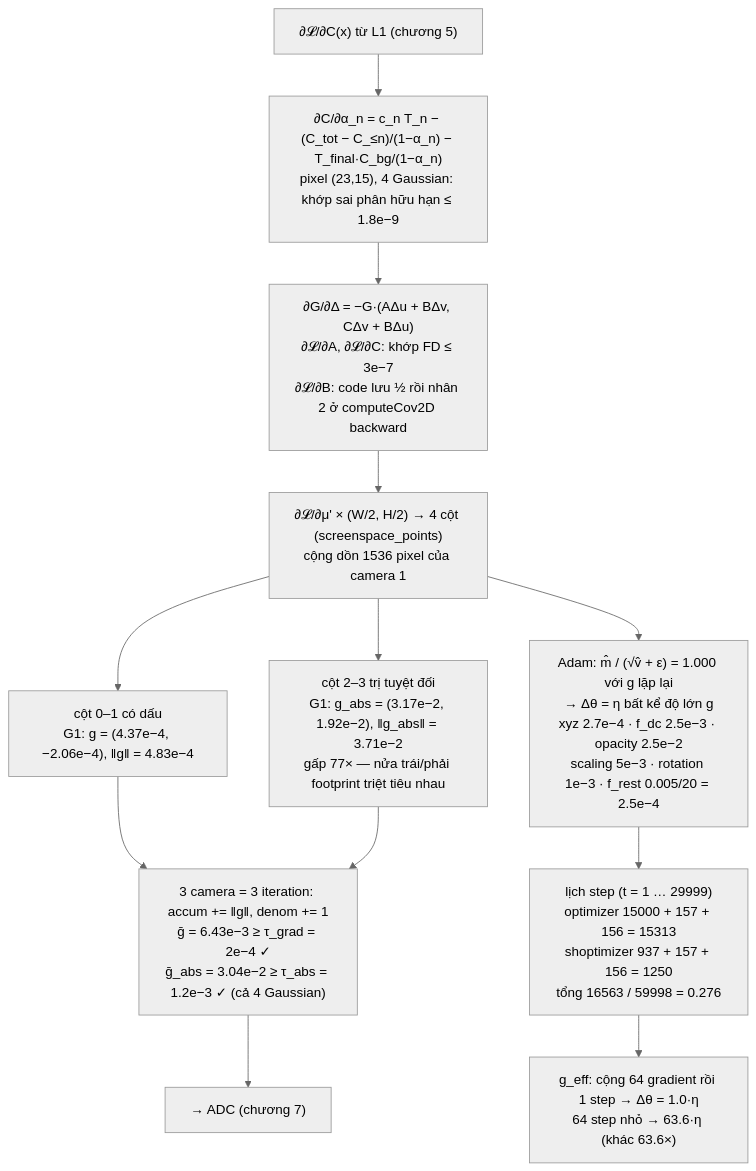
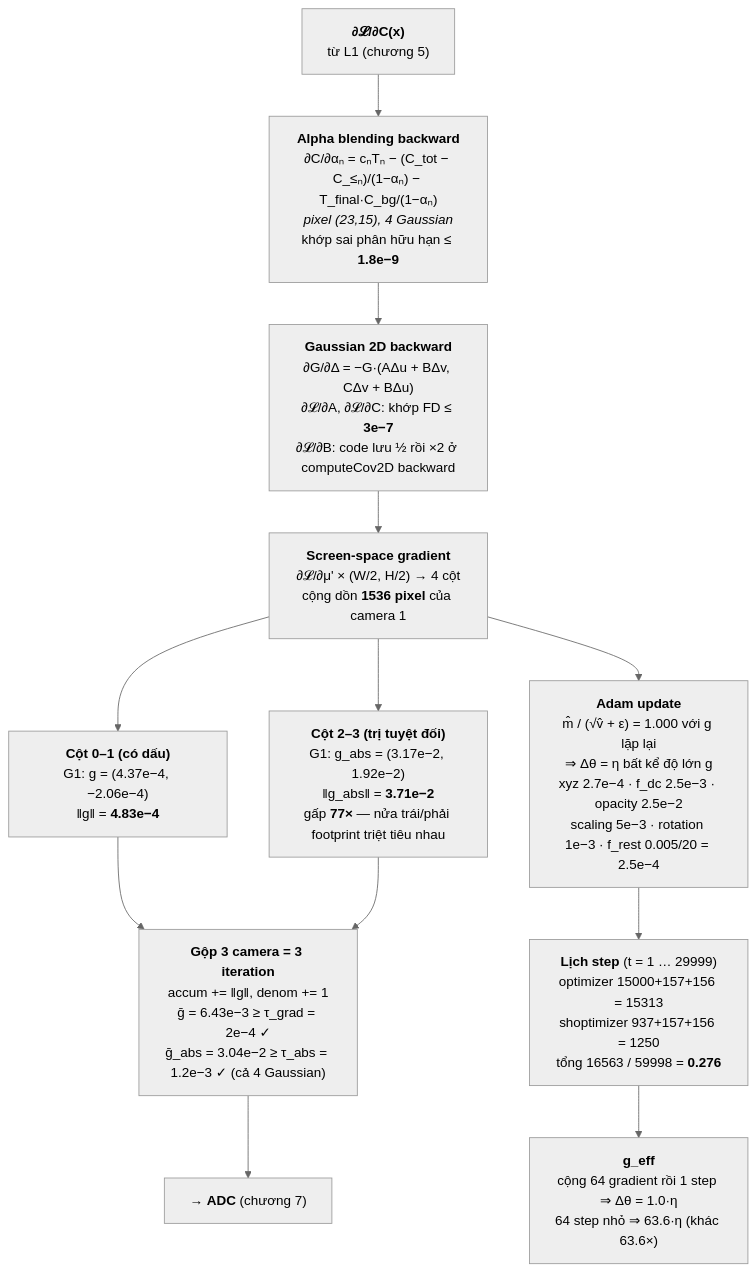
The diagram in DOCS/BOOK/11-gradient-flow-backprop.md (KietAnhCS/fastgs-lite), drawn with Mermaid (neutral theme) before and after one commit. The commit also changed 10 other files, not shown here.

````diff
--- a/DOCS/BOOK/11-gradient-flow-backprop.md
+++ b/DOCS/BOOK/11-gradient-flow-backprop.md
@@ -202,14 +202,56 @@
 ```mermaid
 flowchart TD
-  L["∂𝓛/∂C(x) từ L1 (chương 5)"] --> A["∂C/∂α_n = c_n T_n − (C_tot − C_≤n)/(1−α_n) − T_final·C_bg/(1−α_n)<br/>pixel (23,15), 4 Gaussian: khớp sai phân hữu hạn ≤ 1.8e−9"]
-  A --> G["∂G/∂Δ = −G·(AΔu + BΔv, CΔv + BΔu)<br/>∂𝓛/∂A, ∂𝓛/∂C: khớp FD ≤ 3e−7<br/>∂𝓛/∂B: code lưu ½ rồi nhân 2 ở computeCov2D backward"]
-  G --> MU["∂𝓛/∂μ' × (W/2, H/2) → 4 cột (screenspace_points)<br/>cộng dồn 1536 pixel của camera 1"]
-  MU --> S["cột 0–1 có dấu<br/>G1: g = (4.37e−4, −2.06e−4), ‖g‖ = 4.83e−4"]
-  MU --> AB["cột 2–3 trị tuyệt đối<br/>G1: g_abs = (3.17e−2, 1.92e−2), ‖g_abs‖ = 3.71e−2<br/>gấp 77× — nửa trái/phải footprint triệt tiêu nhau"]
-  S --> ACC["3 camera = 3 iteration: accum += ‖g‖, denom += 1<br/>ḡ = 6.43e−3 ≥ τ_grad = 2e−4 ✓<br/>ḡ_abs = 3.04e−2 ≥ τ_abs = 1.2e−3 ✓ (cả 4 Gaussian)"]
-  AB --> ACC
-  ACC --> ADC["→ ADC (chương 7)"]
-  MU --> ADAM["Adam: m̂ / (√v̂ + ε) = 1.000 với g lặp lại<br/>→ Δθ = η bất kể độ lớn g<br/>xyz 2.7e−4 · f_dc 2.5e−3 · opacity 2.5e−2<br/>scaling 5e−3 · rotation 1e−3 · f_rest 0.005/20 = 2.5e−4"]
-  ADAM --> SCH["lịch step (t = 1 … 29999)<br/>optimizer 15000 + 157 + 156 = 15313<br/>shoptimizer 937 + 157 + 156 = 1250<br/>tổng 16563 / 59998 = 0.276"]
-  SCH --> GE["g_eff: cộng 64 gradient rồi 1 step → Δθ = 1.0·η<br/>64 step nhỏ → 63.6·η (khác 63.6×)"]
+  L["`**∂𝓛/∂C(x)**
+  từ L1 (chương 5)`"]
+
+  A["`**Alpha blending backward**
+  ∂C/∂αₙ = cₙTₙ − (C_tot − C_≤ₙ)/(1−αₙ) − T_final·C_bg/(1−αₙ)
+  *pixel (23,15), 4 Gaussian*
+  khớp sai phân hữu hạn ≤ **1.8e−9**`"]
+
+  G["`**Gaussian 2D backward**
+  ∂G/∂Δ = −G·(AΔu + BΔv, CΔv + BΔu)
+  ∂𝓛/∂A, ∂𝓛/∂C: khớp FD ≤ **3e−7**
+  ∂𝓛/∂B: code lưu ½ rồi ×2 ở computeCov2D backward`"]
+
+  MU["`**Screen-space gradient**
+  ∂𝓛/∂μ' × (W/2, H/2) → 4 cột
+  cộng dồn **1536 pixel** của camera 1`"]
+
+  S["`**Cột 0–1 (có dấu)**
+  G1: g = (4.37e−4, −2.06e−4)
+  ‖g‖ = **4.83e−4**`"]
+
+  AB["`**Cột 2–3 (trị tuyệt đối)**
+  G1: g_abs = (3.17e−2, 1.92e−2)
+  ‖g_abs‖ = **3.71e−2**
+  gấp **77×** — nửa trái/phải footprint triệt tiêu nhau`"]
+
+  ACC["`**Gộp 3 camera = 3 iteration**
+  accum += ‖g‖, denom += 1
+  ḡ = 6.43e−3 ≥ τ_grad = 2e−4 ✓
+  ḡ_abs = 3.04e−2 ≥ τ_abs = 1.2e−3 ✓ (cả 4 Gaussian)`"]
+
+  ADC["`→ **ADC** (chương 7)`"]
+
+  ADAM["`**Adam update**
+  m̂ / (√v̂ + ε) = 1.000 với g lặp lại
+  ⇒ Δθ = η bất kể độ lớn g
+  xyz 2.7e−4 · f_dc 2.5e−3 · opacity 2.5e−2
+  scaling 5e−3 · rotation 1e−3 · f_rest 0.005/20 = 2.5e−4`"]
+
+  SCH["`**Lịch step** (t = 1 … 29999)
+  optimizer 15000+157+156 = 15313
+  shoptimizer 937+157+156 = 1250
+  tổng 16563 / 59998 = **0.276**`"]
+
+  GE["`**g_eff**
+  cộng 64 gradient rồi 1 step ⇒ Δθ = 1.0·η
+  64 step nhỏ ⇒ 63.6·η (khác 63.6×)`"]
+
+  L --> A --> G --> MU
+  MU --> S --> ACC
+  MU --> AB --> ACC
+  ACC --> ADC
+  MU --> ADAM --> SCH --> GE
 ```
````
